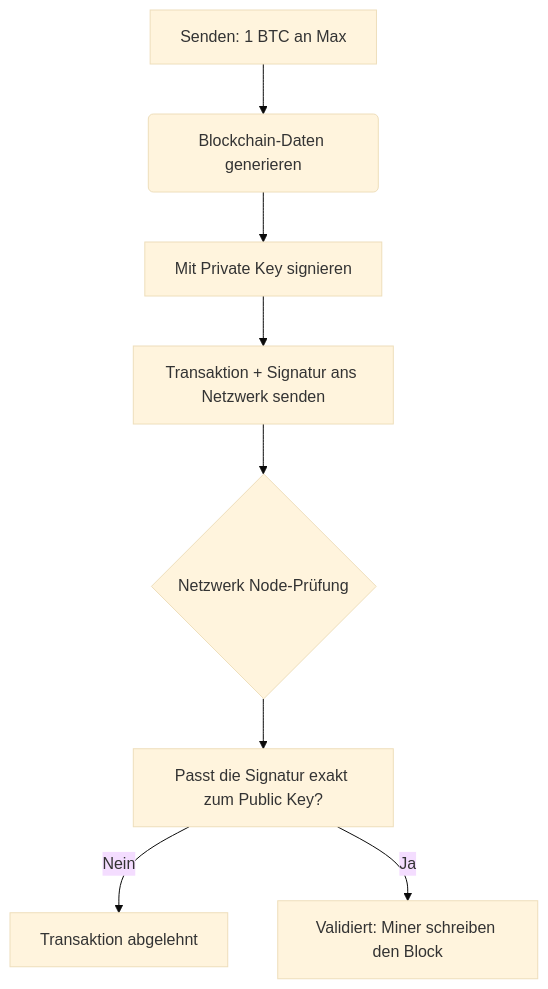
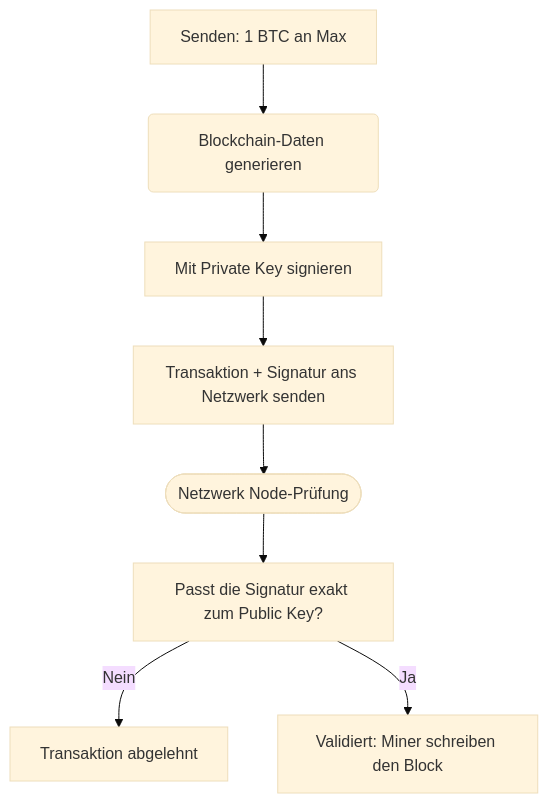
Before and after one commit to annabraun015-stack/krypto-watch: the diagram in src/content/blog/de/public-private-keys.mdx, drawn with Mermaid (base theme). The commit also changed other lines of this file and 53 other files, not shown here.

```diff
--- a/src/content/blog/de/public-private-keys.mdx
+++ b/src/content/blog/de/public-private-keys.mdx
@@ -101,10 +101,10 @@
 <div class="mermaid">
 graph TD
     A[Senden: 1 BTC an Max] --> B(Blockchain-Daten generieren)
     B --> C[Mit Private Key signieren]
     C --> D[Transaktion + Signatur ans Netzwerk senden]
-    D --> E{Netzwerk Node-Prüfung}
+    D --> E([Netzwerk Node-Prüfung])
     E --> F[Passt die Signatur exakt zum Public Key?]
     F -- Nein --> G[Transaktion abgelehnt]
     F -- Ja --> H[Validiert: Miner schreiben den Block]
 </div>
```
